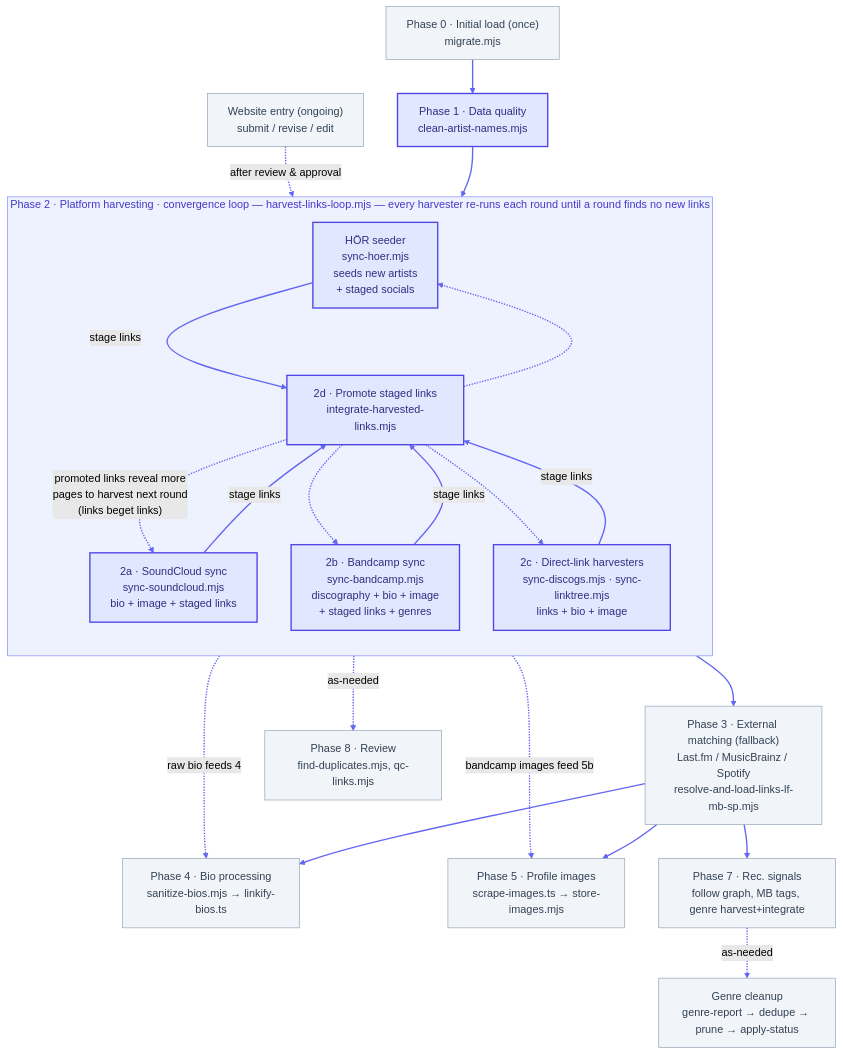
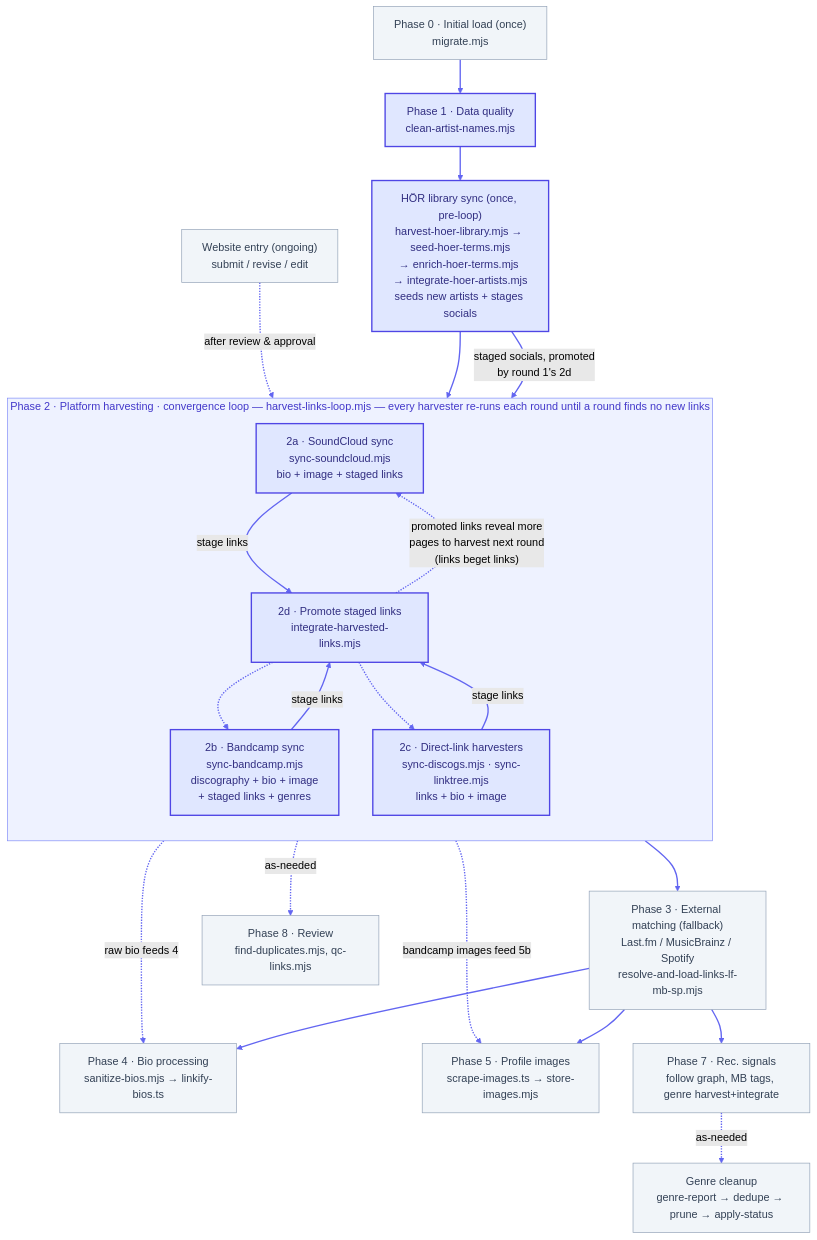
One commit to maisiebird2/rebalance-gender changed the diagram in scripts/PIPELINE.md. Above: the diagram before and after it, drawn with Mermaid (forest theme). The commit also changed other lines of this file, not shown here.

First line of the commit message:
Update PIPELINE.md for the HÖR library sync

````diff
--- a/scripts/PIPELINE.md
+++ b/scripts/PIPELINE.md
@@ -24,42 +24,41 @@
 ```mermaid
 flowchart TD
     P0["Phase 0 · Initial load (once)<br/>migrate.mjs"] --> P1
-    P1["Phase 1 · Data quality<br/>clean-artist-names.mjs"] --> P2
+    P1["Phase 1 · Data quality<br/>clean-artist-names.mjs"] --> HOERLIB
+    HOERLIB["HÖR library sync (once, pre-loop)<br/>harvest-hoer-library.mjs → seed-hoer-terms.mjs<br/>→ enrich-hoer-terms.mjs → integrate-hoer-artists.mjs<br/>seeds new artists + stages socials"] --> P2
     WEB["Website entry (ongoing)<br/>submit / revise / edit"] -. "after review &amp; approval" .-> P2
 
     subgraph P2 ["Phase 2 · Platform harvesting · convergence loop — harvest-links-loop.mjs — every harvester re-runs each round until a round finds no new links"]
         direction TB
-        HOER["HÖR seeder<br/>sync-hoer.mjs<br/>seeds new artists<br/>+ staged socials"]
         P2A["2a · SoundCloud sync<br/>sync-soundcloud.mjs<br/>bio + image + staged links"]
         P2B["2b · Bandcamp sync<br/>sync-bandcamp.mjs<br/>discography + bio + image<br/>+ staged links + genres"]
         P2C["2c · Direct-link harvesters<br/>sync-discogs.mjs · sync-linktree.mjs<br/>links + bio + image"]
         P2D["2d · Promote staged links<br/>integrate-harvested-links.mjs"]
-        HOER -->|"stage links"| P2D
         P2A -->|"stage links"| P2D
         P2B -->|"stage links"| P2D
         P2C -->|"stage links"| P2D
         P2D -. "promoted links reveal more<br/>pages to harvest next round<br/>(links beget links)" .-> P2A
         P2D -.-> P2B
         P2D -.-> P2C
-        P2D -.-> HOER
     end
+    HOERLIB -->|"staged socials, promoted<br/>by round 1's 2d"| P2D
 
     P2D --> P3
     P2A -. "raw bio feeds 4" .-> P4
     P2B -. "bandcamp images feed 5b" .-> P5
     P3["Phase 3 · External matching (fallback)<br/>Last.fm / MusicBrainz / Spotify<br/>resolve-and-load-links-lf-mb-sp.mjs"] --> P4
     P3 --> P5
     P3 --> P7
     P4["Phase 4 · Bio processing<br/>sanitize-bios.mjs → linkify-bios.ts"]
     P5["Phase 5 · Profile images<br/>scrape-images.ts → store-images.mjs"]
     P7["Phase 7 · Rec. signals<br/>follow graph, MB tags, genre harvest+integrate"]
     P2D -. as-needed .-> P8["Phase 8 · Review<br/>find-duplicates.mjs, qc-links.mjs"]
     P7 -. as-needed .-> P8G["Genre cleanup<br/>genre-report → dedupe → prune → apply-status"]
 
     classDef orchestrated fill:#e0e7ff,stroke:#4f46e5,stroke-width:2px,color:#312e81;
-    class P1,HOER,P2A,P2B,P2C,P2D orchestrated;
+    class P1,HOERLIB,P2A,P2B,P2C,P2D orchestrated;
     classDef normal fill:#f1f5f9,stroke:#94a3b8,stroke-width:1px,color:#334155;
     class P0,WEB,P3,P4,P5,P7,P8,P8G normal;
     style P2 fill:#eef2ff,stroke:#818cf8,stroke-width:1px,color:#4338ca;
     linkStyle default stroke:#6366f1,stroke-width:2px;
 ```
````
